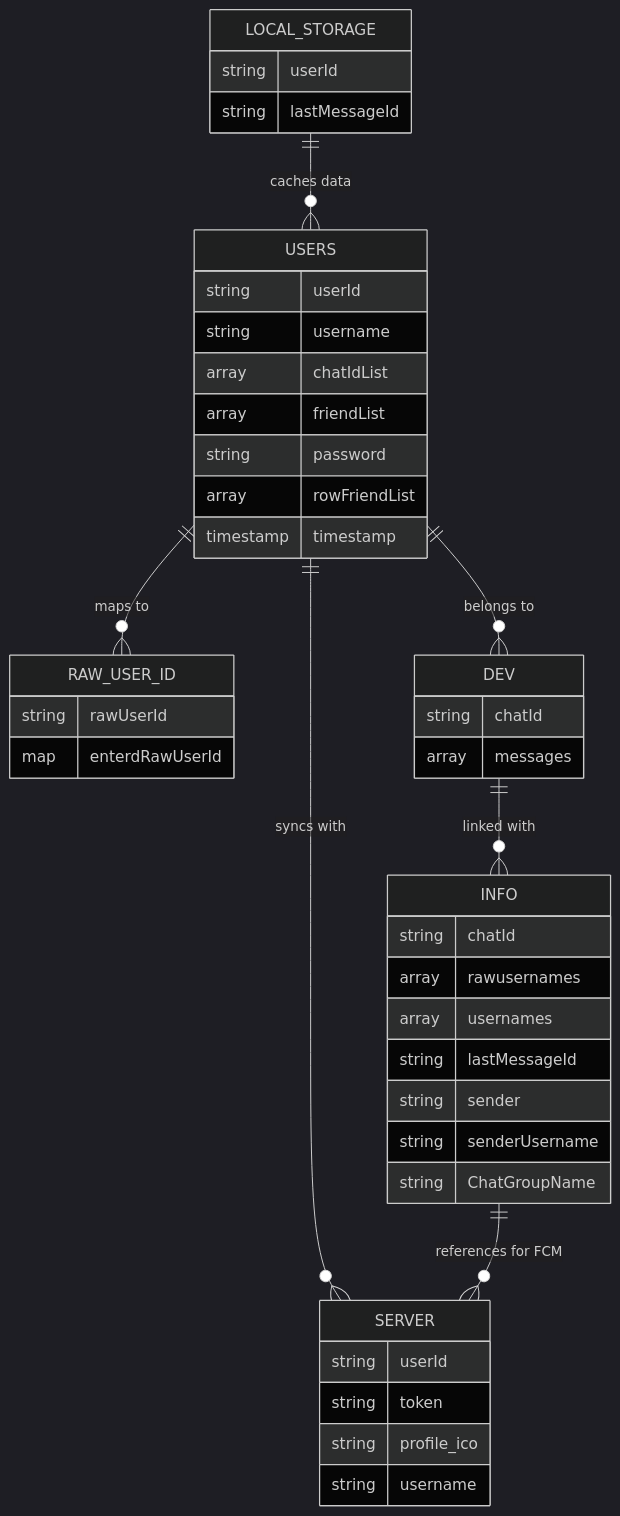
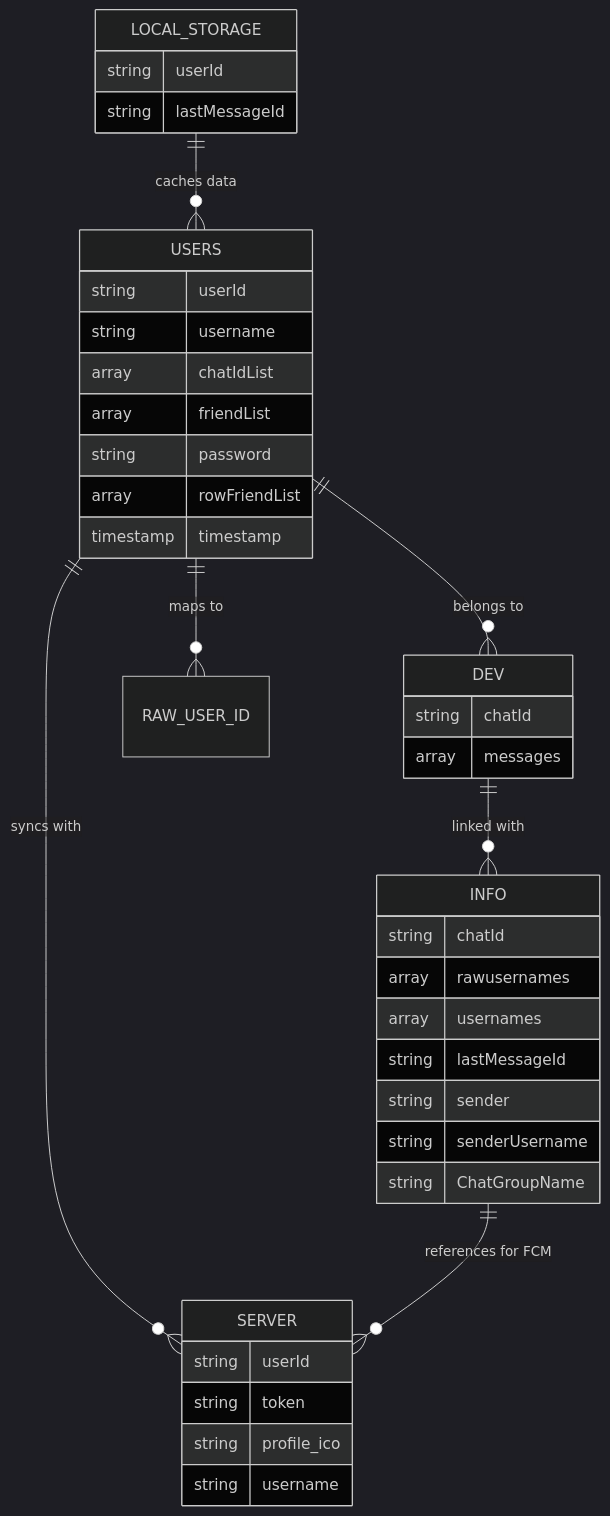
The first of 3 diagrams in README.md (isd-glitch/Ventus-Talk), drawn with Mermaid (dark theme) before and after one commit. The commit also changed other lines of this file, not shown here.

````diff
--- a/README.md
+++ b/README.md
@@ -47,51 +47,46 @@
 ```mermaid
 erDiagram
     USERS {
         string userId
         string username
         array chatIdList
         array friendList
         string password
         array rowFriendList
         timestamp timestamp
     }
     
-    RAW_USER_ID {
-        string rawUserId
-        map enterdRawUserId
-    }
-
     SERVER {
         string userId
         string token
         string profile_ico
         string username
     }
 
     DEV {
         string chatId
         array messages
     }
 
     INFO {
         string chatId
         array rawusernames
         array usernames
         string lastMessageId
         string sender
         string senderUsername
         string ChatGroupName
     }
 
     LOCAL_STORAGE {
         string userId
         string lastMessageId
     }
 
     USERS ||--o{ DEV : "belongs to"
     USERS ||--o{ SERVER : "syncs with"
     USERS ||--o{ RAW_USER_ID : "maps to"
     DEV ||--o{ INFO : "linked with"
     INFO ||--o{ SERVER : "references for FCM"
     LOCAL_STORAGE ||--o{ USERS : "caches data"
 ```
````
